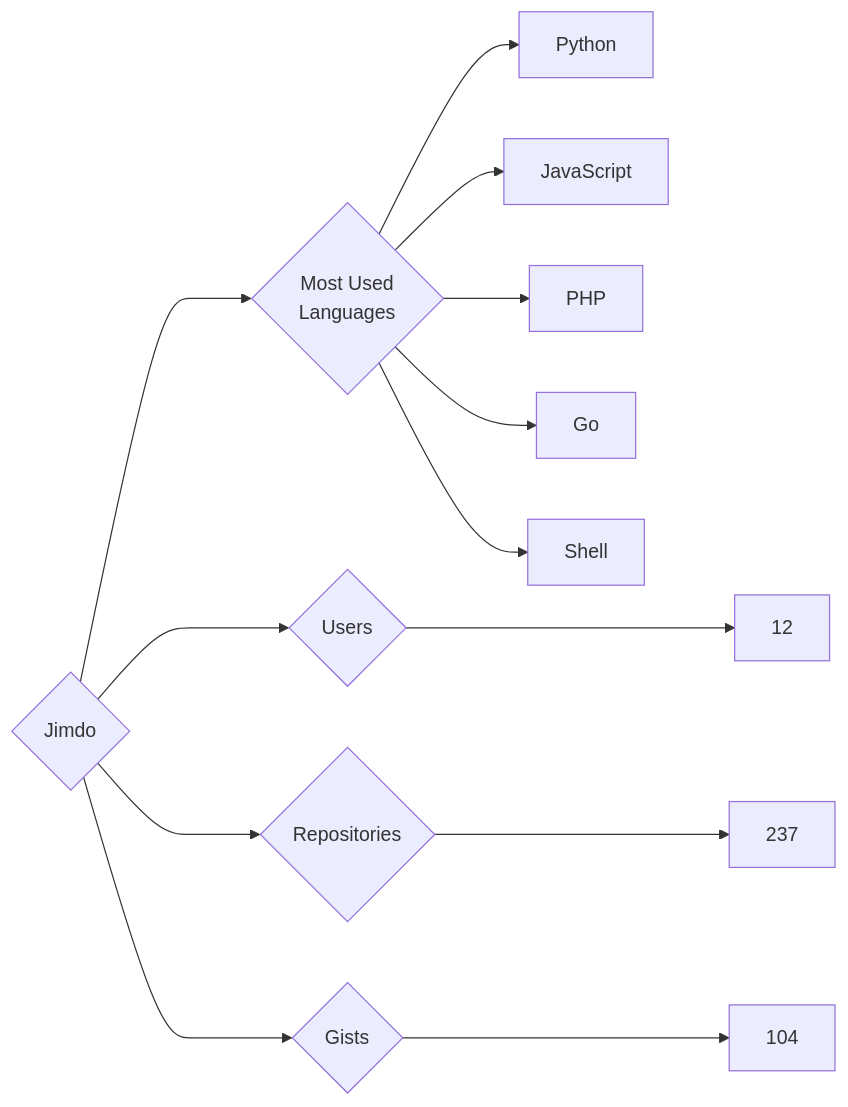
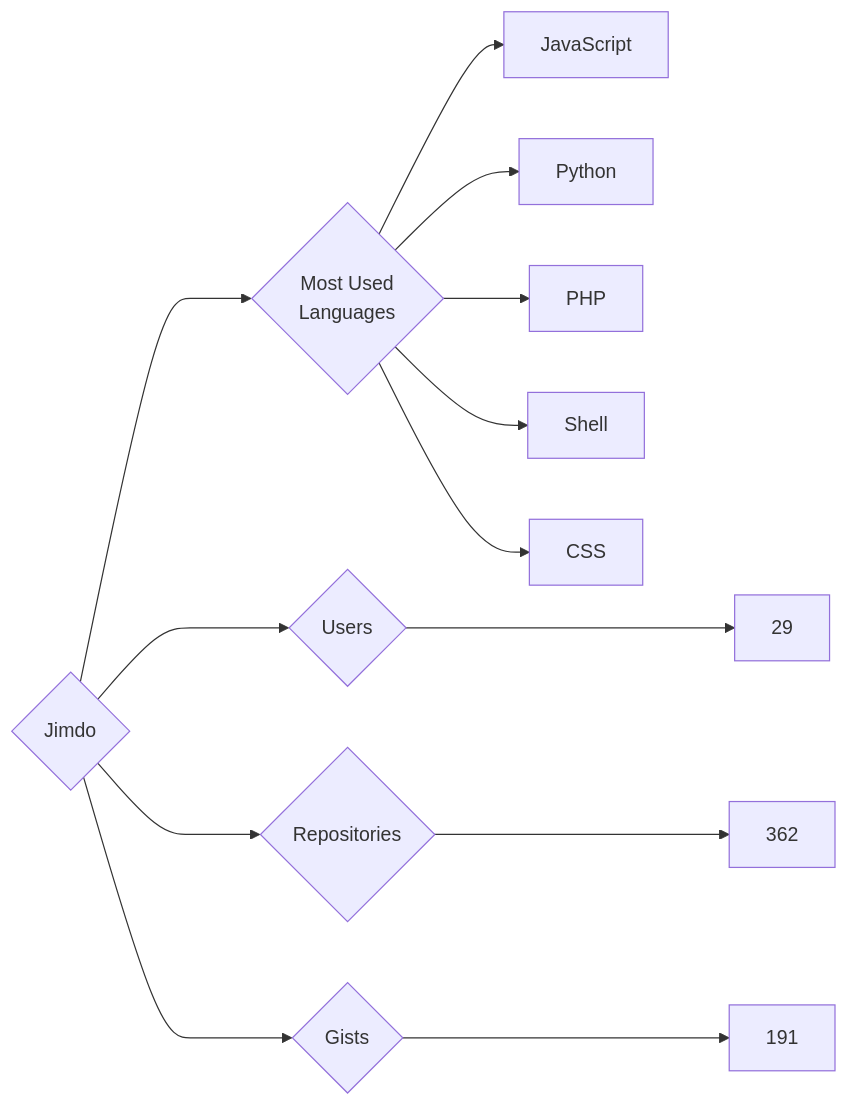
Before and after one commit to trickest/insiders: the diagram in targets/Jimdo/README.md, drawn with Mermaid. The commit also changed 932 other files, not shown here.

````diff
--- a/targets/Jimdo/README.md
+++ b/targets/Jimdo/README.md
@@ -3,13 +3,13 @@
 ```mermaid
 graph LR
 COMPANY_NAME{Jimdo}
-COMPANY_NAME ---> U{Users} ---> UN[12]
-COMPANY_NAME ---> R{Repositories} ---> RN[237]
-COMPANY_NAME ---> G{Gists} ---> GN[104]
+COMPANY_NAME ---> U{Users} ---> UN[29]
+COMPANY_NAME ---> R{Repositories} ---> RN[362]
+COMPANY_NAME ---> G{Gists} ---> GN[191]
 COMPANY_NAME ---> ML{Most Used<br>Languages}
+ML --> JavaScript[JavaScript]
 ML --> Python[Python]
-ML --> JavaScript[JavaScript]
 ML --> PHP[PHP]
-ML --> Go[Go]
 ML --> Shell[Shell]
+ML --> CSS[CSS]
 ```
````
